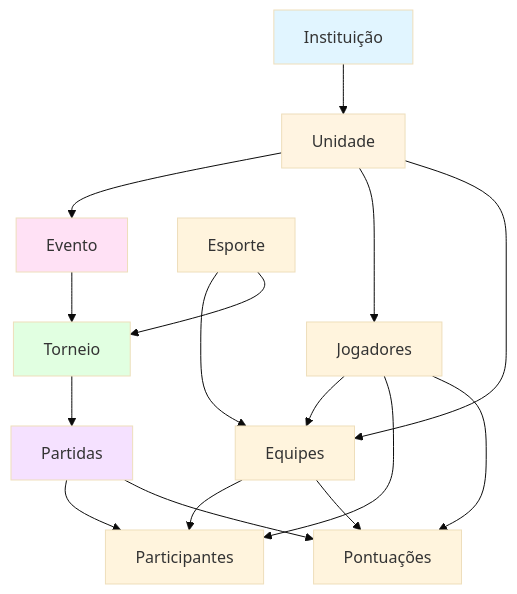
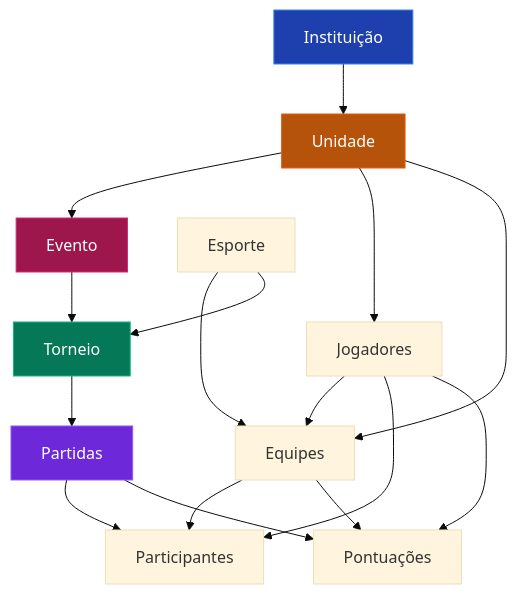
One commit to rgomide/gerenciador-torneio changed the first of 3 diagrams in MANUAL_USUARIO_pt_br.md. Above: the diagram before and after it, drawn with Mermaid (base theme). The commit also changed other lines of this file, not shown here.

````diff
--- a/MANUAL_USUARIO_pt_br.md
+++ b/MANUAL_USUARIO_pt_br.md
@@ -59,24 +59,24 @@
 ```mermaid
 graph TD
     A[Instituição] --> B[Unidade]
     B --> C[Evento]
     B --> D[Jogadores]
     B --> E[Equipes]
     F[Esporte] --> E
     F --> G[Torneio]
     C --> G
     G --> H[Partidas]
     H --> I[Participantes]
     H --> J[Pontuações]
     D --> E
     E --> I
     D --> I
     E --> J
     D --> J
     
-    style A fill:#e1f5ff
-    style B fill:#fff4e1
-    style C fill:#ffe1f5
-    style G fill:#e1ffe1
-    style H fill:#f5e1ff
+    style A fill:#1e40af,color:#fff,stroke:#3b82f6
+    style B fill:#b45309,color:#fff,stroke:#ea580c
+    style C fill:#9d174d,color:#fff,stroke:#db2777
+    style G fill:#047857,color:#fff,stroke:#10b981
+    style H fill:#6d28d9,color:#fff,stroke:#8b5cf6
 ```
````
